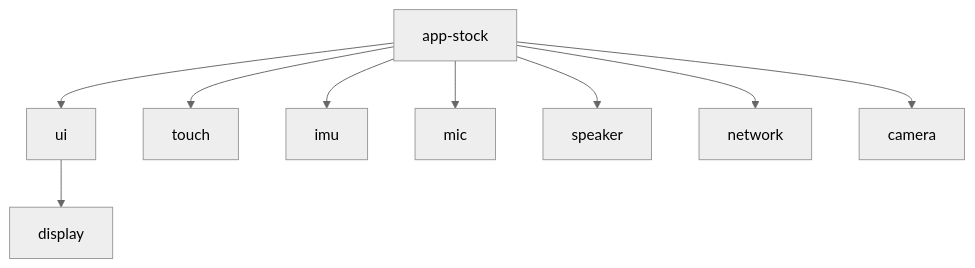
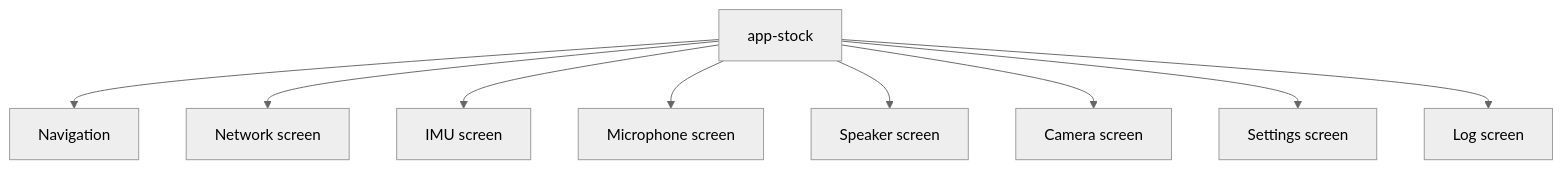
Before and after one commit to wackazong/hackandhike-2026: the seventh of 17 diagrams in README.md, drawn with Mermaid (neutral theme). The commit also changed other lines of this file, not shown here.

````diff
--- a/README.md
+++ b/README.md
@@ -507,11 +577,11 @@
 ```mermaid
 flowchart TD
-    Stock["app-stock"] --> UI["ui"]
-    UI --> Display["display"]
-    Stock --> Touch["touch"]
-    Stock --> IMU["imu"]
-    Stock --> Mic["mic"]
-    Stock --> Speaker["speaker"]
-    Stock --> Network["network"]
-    Stock --> Camera["camera"]
+    Stock["app-stock"] --> Nav["Navigation"]
+    Stock --> Network["Network screen"]
+    Stock --> IMU["IMU screen"]
+    Stock --> Mic["Microphone screen"]
+    Stock --> Speaker["Speaker screen"]
+    Stock --> Camera["Camera screen"]
+    Stock --> Settings["Settings screen"]
+    Stock --> Log["Log screen"]
 ```
````
